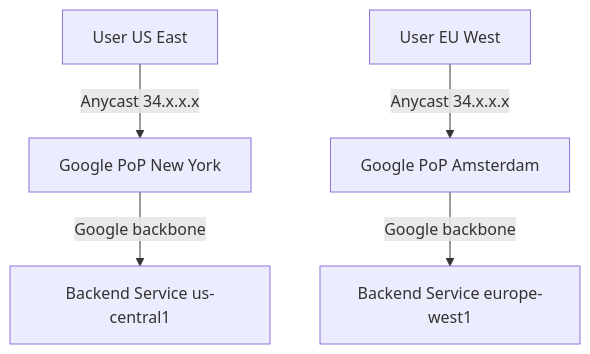
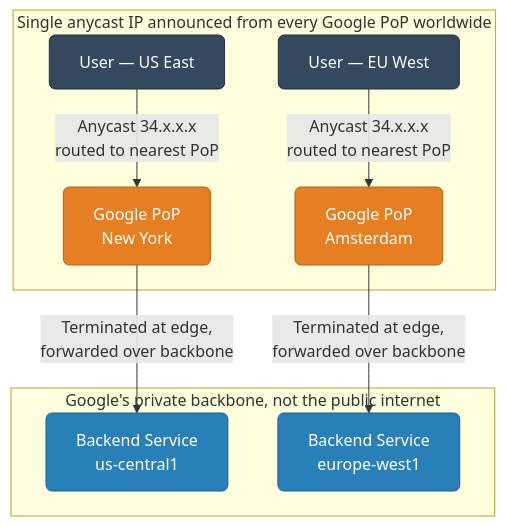
One commit to deepanshu-rawat6/DevOpsIndex changed the fifth of 5 diagrams in networking/load-balancers.md. Above: the diagram before and after it, drawn with Mermaid. The commit also changed other lines of this file and 8 other files, not shown here.

````diff
--- a/networking/load-balancers.md
+++ b/networking/load-balancers.md
@@ -490,7 +610,16 @@
 ```mermaid
 graph TD
-    UserUS[User US East] -->|Anycast 34.x.x.x| PoP_NY[Google PoP New York]
-    UserEU[User EU West] -->|Anycast 34.x.x.x| PoP_AM[Google PoP Amsterdam]
-    PoP_NY -->|Google backbone| BS[Backend Service us-central1]
-    PoP_AM -->|Google backbone| BS2[Backend Service europe-west1]
+    classDef user fill:#34495e,stroke:#212f3c,color:#fff,rx:6
+    classDef pop fill:#e67e22,stroke:#ba6018,color:#fff,rx:6
+    classDef backend fill:#2980b9,stroke:#1f618d,color:#fff,rx:6
+
+    subgraph ANYCAST["Single anycast IP announced from every Google PoP worldwide"]
+        UserUS["User — US East"]:::user -->|"Anycast 34.x.x.x<br/>routed to nearest PoP"| PoP_NY["Google PoP<br/>New York"]:::pop
+        UserEU["User — EU West"]:::user -->|"Anycast 34.x.x.x<br/>routed to nearest PoP"| PoP_AM["Google PoP<br/>Amsterdam"]:::pop
+    end
+
+    subgraph BACKBONE["Google's private backbone, not the public internet"]
+        PoP_NY -->|"Terminated at edge,<br/>forwarded over backbone"| BS["Backend Service<br/>us-central1"]:::backend
+        PoP_AM -->|"Terminated at edge,<br/>forwarded over backbone"| BS2["Backend Service<br/>europe-west1"]:::backend
+    end
 ```
````
